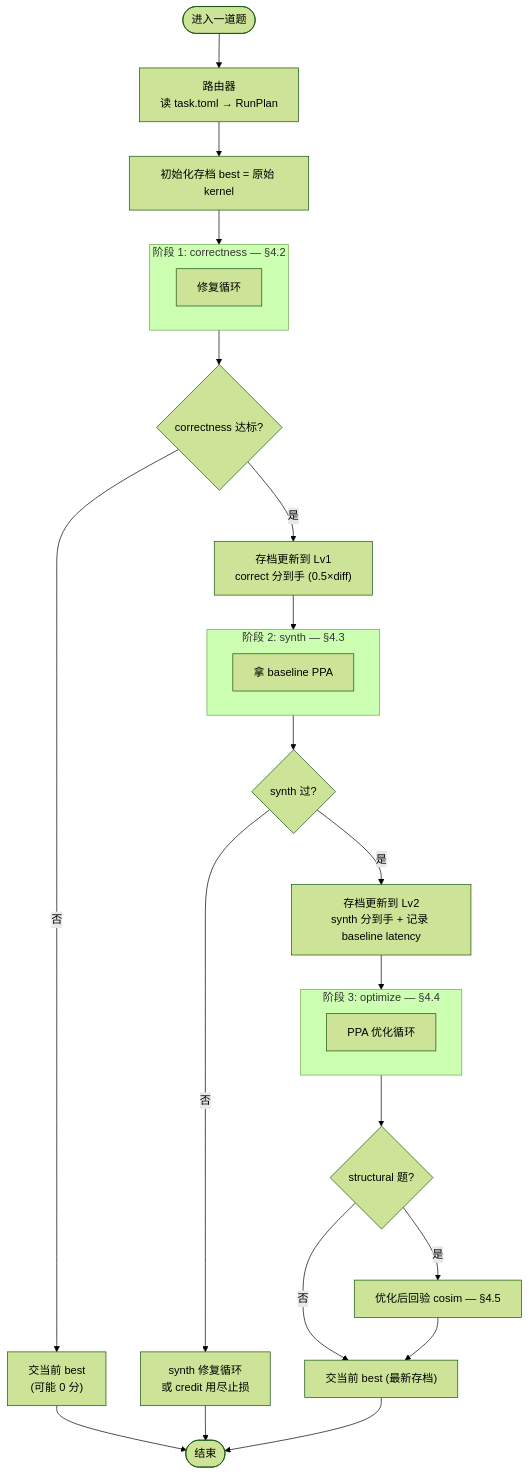
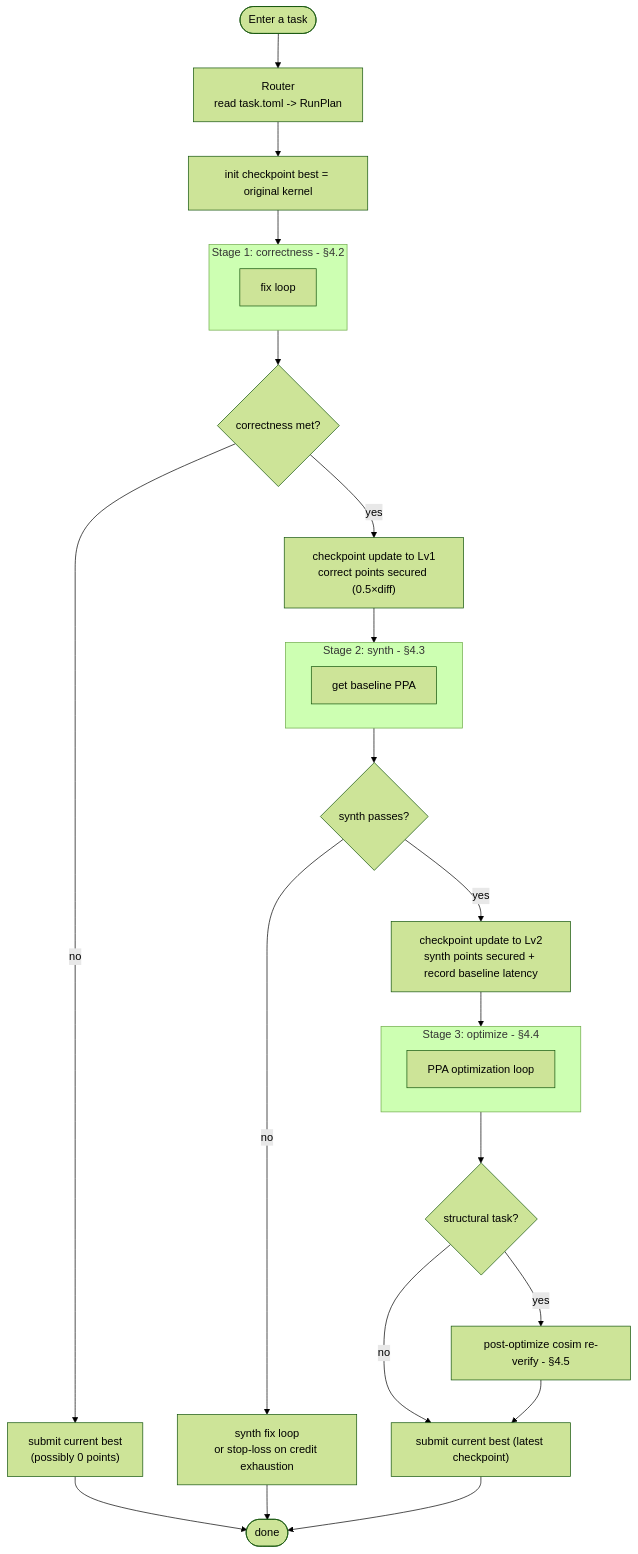
One commit to QFcattail/llm4hls changed the fourth of 8 diagrams in docs-development/design/agent-architecture.md. Above: the diagram before and after it, drawn with Mermaid (forest theme). The commit also changed other lines of this file and 33 other files, not shown here.

````diff
--- a/docs-development/design/agent-architecture.md
+++ b/docs-development/design/agent-architecture.md
@@ -319,37 +321,37 @@
 ```mermaid
 flowchart TD
-    Start([进入一道题]) --> Router
-    Router["路由器<br/>读 task.toml → RunPlan"]
-    Router --> Init["初始化存档 best = 原始 kernel"]
+    Start([Enter a task]) --> Router
+    Router["Router<br/>read task.toml -> RunPlan"]
+    Router --> Init["init checkpoint best = original kernel"]
     Init --> S1
 
-    subgraph S1 [阶段 1: correctness — §4.2]
-        S1n["修复循环"]
+    subgraph S1 [Stage 1: correctness - §4.2]
+        S1n["fix loop"]
     end
 
-    S1 --> Q1{correctness 达标?}
-    Q1 -- 否 --> EndEarly["交当前 best<br/>(可能 0 分)"]
-    EndEarly --> Done([结束])
-    Q1 -- 是 --> Ckpt1["存档更新到 Lv1<br/>correct 分到手 (0.5×diff)"]
+    S1 --> Q1{correctness met?}
+    Q1 -- no --> EndEarly["submit current best<br/>(possibly 0 points)"]
+    EndEarly --> Done([done])
+    Q1 -- yes --> Ckpt1["checkpoint update to Lv1<br/>correct points secured (0.5×diff)"]
     Ckpt1 --> S2
 
-    subgraph S2 [阶段 2: synth — §4.3]
-        S2n["拿 baseline PPA"]
+    subgraph S2 [Stage 2: synth - §4.3]
+        S2n["get baseline PPA"]
     end
 
-    S2 --> Qsynth{synth 过?}
-    Qsynth -- 是 --> Ckpt2["存档更新到 Lv2<br/>synth 分到手 + 记录 baseline latency"]
-    Qsynth -- 否 --> SynthFix["synth 修复循环<br/>或 credit 用尽止损"]
+    S2 --> Qsynth{synth passes?}
+    Qsynth -- yes --> Ckpt2["checkpoint update to Lv2<br/>synth points secured + record baseline latency"]
+    Qsynth -- no --> SynthFix["synth fix loop<br/>or stop-loss on credit exhaustion"]
     SynthFix --> Done
     Ckpt2 --> S3
 
-    subgraph S3 [阶段 3: optimize — §4.4]
-        S3n["PPA 优化循环"]
+    subgraph S3 [Stage 3: optimize - §4.4]
+        S3n["PPA optimization loop"]
     end
 
-    S3 --> Q2{structural 题?}
-    Q2 -- 是 --> S4["优化后回验 cosim — §4.5"]
-    Q2 -- 否 --> Submit
-    S4 --> Submit["交当前 best (最新存档)"]
+    S3 --> Q2{structural task?}
+    Q2 -- yes --> S4["post-optimize cosim re-verify - §4.5"]
+    Q2 -- no --> Submit
+    S4 --> Submit["submit current best (latest checkpoint)"]
     Submit --> Done
 ```
````
